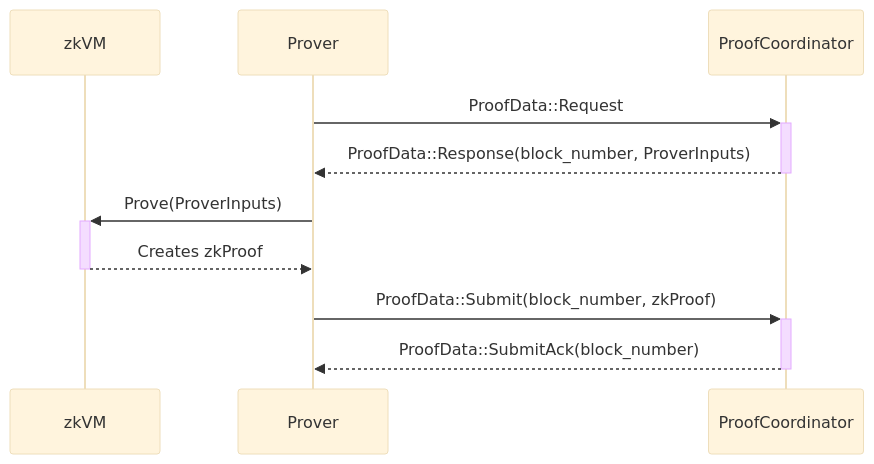
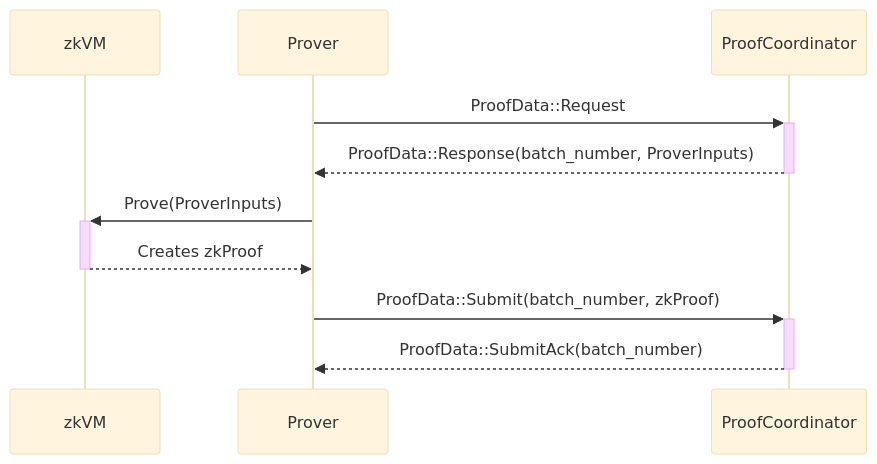
Before and after one commit to lambdaclass/ethrex: the diagram in crates/l2/docs/prover.md, drawn with Mermaid (base theme). The commit also changed other lines of this file and 85 other files, not shown here.

````diff
--- a/crates/l2/docs/prover.md
+++ b/crates/l2/docs/prover.md
@@ -45,12 +45,12 @@
 ```mermaid
 sequenceDiagram
     participant zkVM
     participant Prover
     participant ProofCoordinator
     Prover->>+ProofCoordinator: ProofData::Request
-    ProofCoordinator-->>-Prover: ProofData::Response(block_number, ProverInputs)
+    ProofCoordinator-->>-Prover: ProofData::Response(batch_number, ProverInputs)
     Prover->>+zkVM: Prove(ProverInputs)
     zkVM-->>-Prover: Creates zkProof
-    Prover->>+ProofCoordinator: ProofData::Submit(block_number, zkProof)
-    ProofCoordinator-->>-Prover: ProofData::SubmitAck(block_number)
+    Prover->>+ProofCoordinator: ProofData::Submit(batch_number, zkProof)
+    ProofCoordinator-->>-Prover: ProofData::SubmitAck(batch_number)
 ```
````
